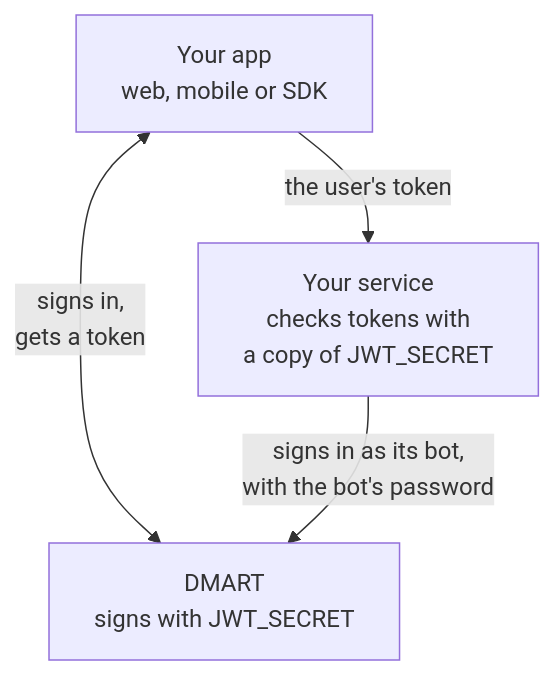
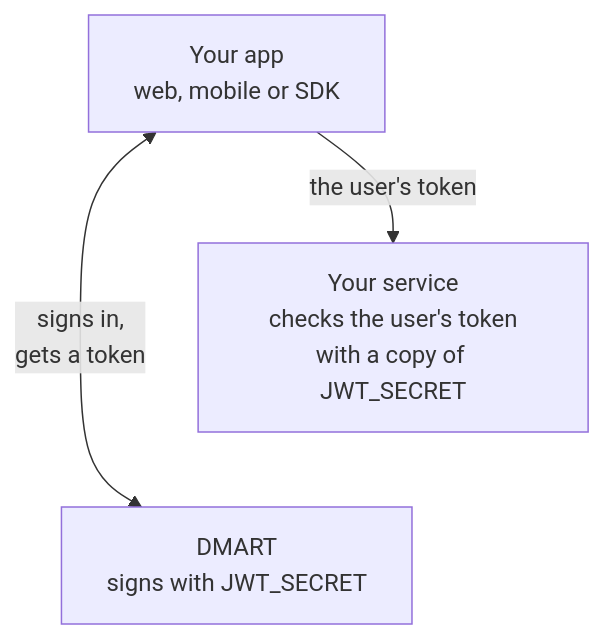
One commit to edraj/website changed the first of 4 diagrams in pack/space/pages/api_docs.md. Above: the diagram before and after it, drawn with Mermaid. The commit also changed other lines of this file and 2 other files, not shown here.

First line of the commit message:
docs(api): service-to-service before and after, and what a secret's copy signs (#40)

````diff
--- a/pack/space/pages/api_docs.md
+++ b/pack/space/pages/api_docs.md
@@ -817,9 +819,9 @@
 ```mermaid
 flowchart TB
     App["Your app<br/>web, mobile or SDK"]
-    Svc["Your service<br/>checks tokens with<br/>a copy of JWT_SECRET"]
+    Svc["Your service<br/>checks the user's token<br/>with a copy of JWT_SECRET"]
     D["DMART<br/>signs with JWT_SECRET"]
     App <-->|"signs in,<br/>gets a token"| D
     App -->|"the user's token"| Svc
-    Svc -->|"signs in as its bot,<br/>with the bot's password"| D
+    Svc ~~~ D
 ```
````
